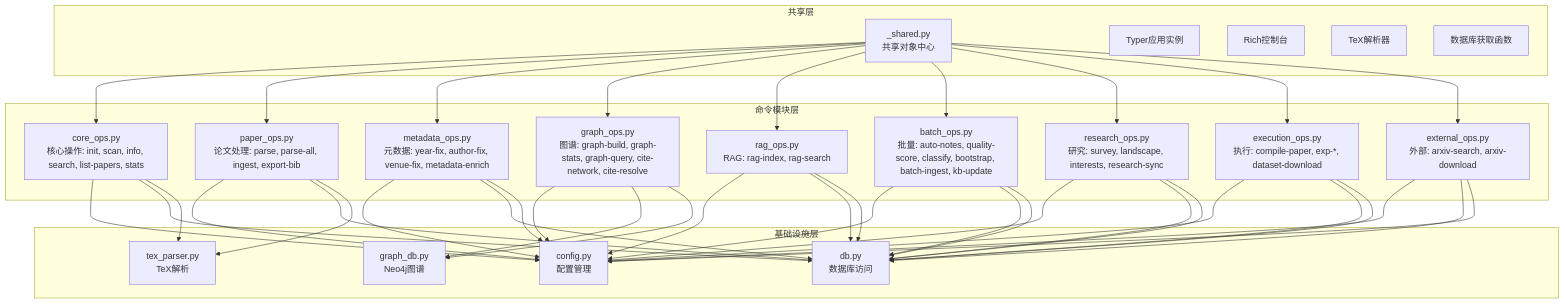
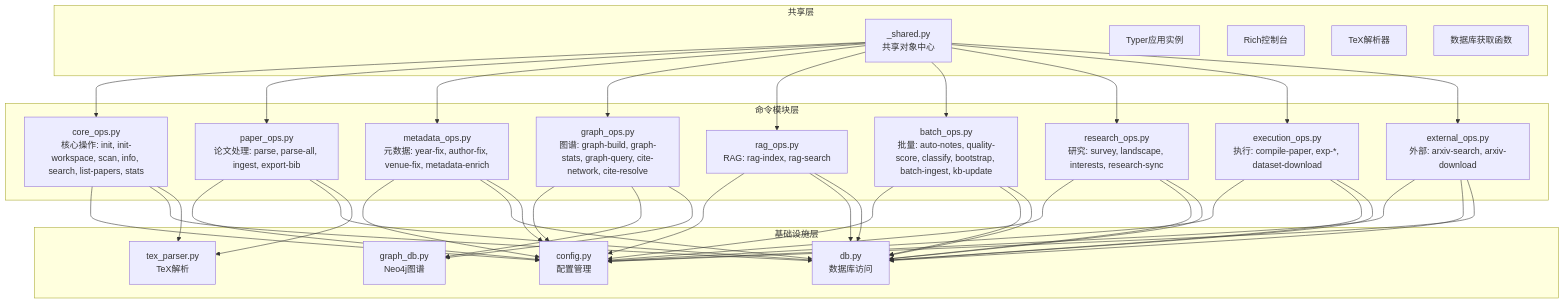
One commit to 1173591564/academic-based-qoder changed the first of 2 diagrams in .qoder/repowiki/zh/content/Python后端系统/CLI命令行接口/CLI命令行接口.md. Above: the diagram before and after it, drawn with Mermaid. The commit also changed other lines of this file and 75 other files, not shown here.

````diff
--- a/.qoder/repowiki/zh/content/Python后端系统/CLI命令行接口/CLI命令行接口.md
+++ b/.qoder/repowiki/zh/content/Python后端系统/CLI命令行接口/CLI命令行接口.md
@@ -40,63 +40,63 @@
 ```mermaid
 graph TB
 subgraph "共享层"
 SHARED["_shared.py<br/>共享对象中心"]
 APP["Typer应用实例"]
 CONSOLE["Rich控制台"]
 PARSER["TeX解析器"]
 GET_DB["数据库获取函数"]
 end
 subgraph "命令模块层"
-CORE["core_ops.py<br/>核心操作: init, scan, info, search, list-papers, stats"]
+CORE["core_ops.py<br/>核心操作: init, init-workspace, scan, info, search, list-papers, stats"]
 PAPER["paper_ops.py<br/>论文处理: parse, parse-all, ingest, export-bib"]
 META["metadata_ops.py<br/>元数据: year-fix, author-fix, venue-fix, metadata-enrich"]
 GRAPH["graph_ops.py<br/>图谱: graph-build, graph-stats, graph-query, cite-network, cite-resolve"]
 RAG["rag_ops.py<br/>RAG: rag-index, rag-search"]
 BATCH["batch_ops.py<br/>批量: auto-notes, quality-score, classify, bootstrap, batch-ingest, kb-update"]
 RESEARCH["research_ops.py<br/>研究: survey, landscape, interests, research-sync"]
 EXEC["execution_ops.py<br/>执行: compile-paper, exp-*, dataset-download"]
 EXTERNAL["external_ops.py<br/>外部: arxiv-search, arxiv-download"]
 end
 subgraph "基础设施层"
 CONFIG["config.py<br/>配置管理"]
 DB["db.py<br/>数据库访问"]
 GDB["graph_db.py<br/>Neo4j图谱"]
 TEX["tex_parser.py<br/>TeX解析"]
 end
 SHARED --> CORE
 SHARED --> PAPER
 SHARED --> META
 SHARED --> GRAPH
 SHARED --> RAG
 SHARED --> BATCH
 SHARED --> RESEARCH
 SHARED --> EXEC
 SHARED --> EXTERNAL
 CORE --> CONFIG
 PAPER --> CONFIG
 META --> CONFIG
 GRAPH --> CONFIG
 RAG --> CONFIG
 BATCH --> CONFIG
 RESEARCH --> CONFIG
 EXEC --> CONFIG
 EXTERNAL --> CONFIG
 CORE --> DB
 PAPER --> DB
 META --> DB
 GRAPH --> GDB
 RAG --> DB
 BATCH --> DB
 RESEARCH --> DB
 EXEC --> DB
 EXTERNAL --> DB
 CORE --> TEX
 PAPER --> TEX
 META --> CONFIG
 GRAPH --> GDB
 RAG --> DB
 BATCH --> DB
 RESEARCH --> DB
 EXEC --> DB
 EXTERNAL --> CONFIG
 ```
````
